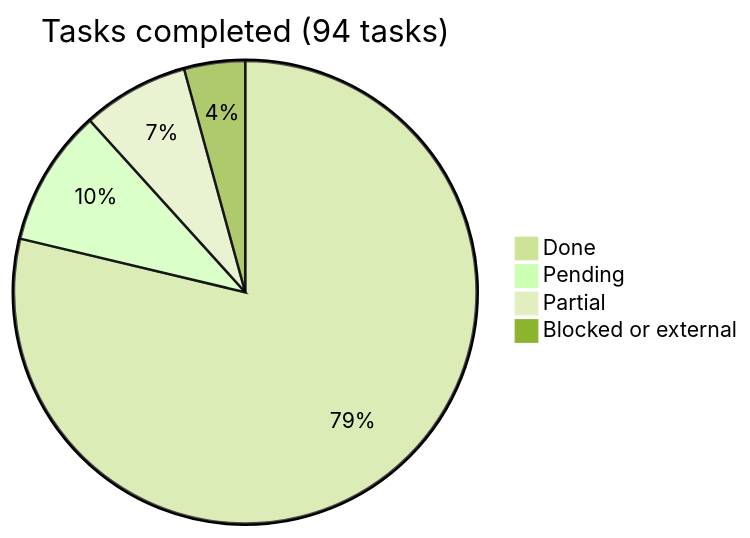
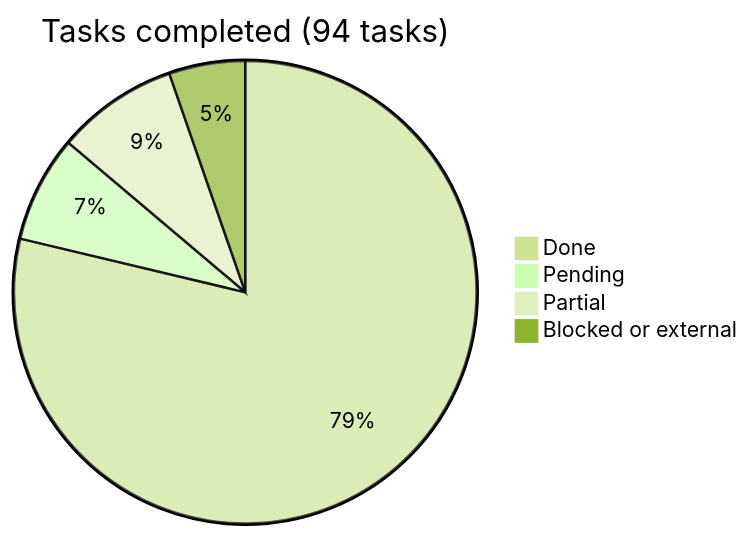
One commit to araguaney-lat/araguaney-app changed the diagram in docs/roadmap/README.md. Above: the diagram before and after it, drawn with Mermaid (forest theme). The commit also changed other lines of this file and 9 other files, not shown here.

First line of the commit message:
feat(shipments): journey timeline and manifest download

````diff
--- a/docs/roadmap/README.md
+++ b/docs/roadmap/README.md
@@ -16,7 +16,7 @@
 ```mermaid
 pie title Tasks completed (94 tasks)
     "Done" : 74
-    "Pending" : 9
-    "Partial" : 7
-    "Blocked or external" : 4
+    "Pending" : 7
+    "Partial" : 8
+    "Blocked or external" : 5
 ```
````
